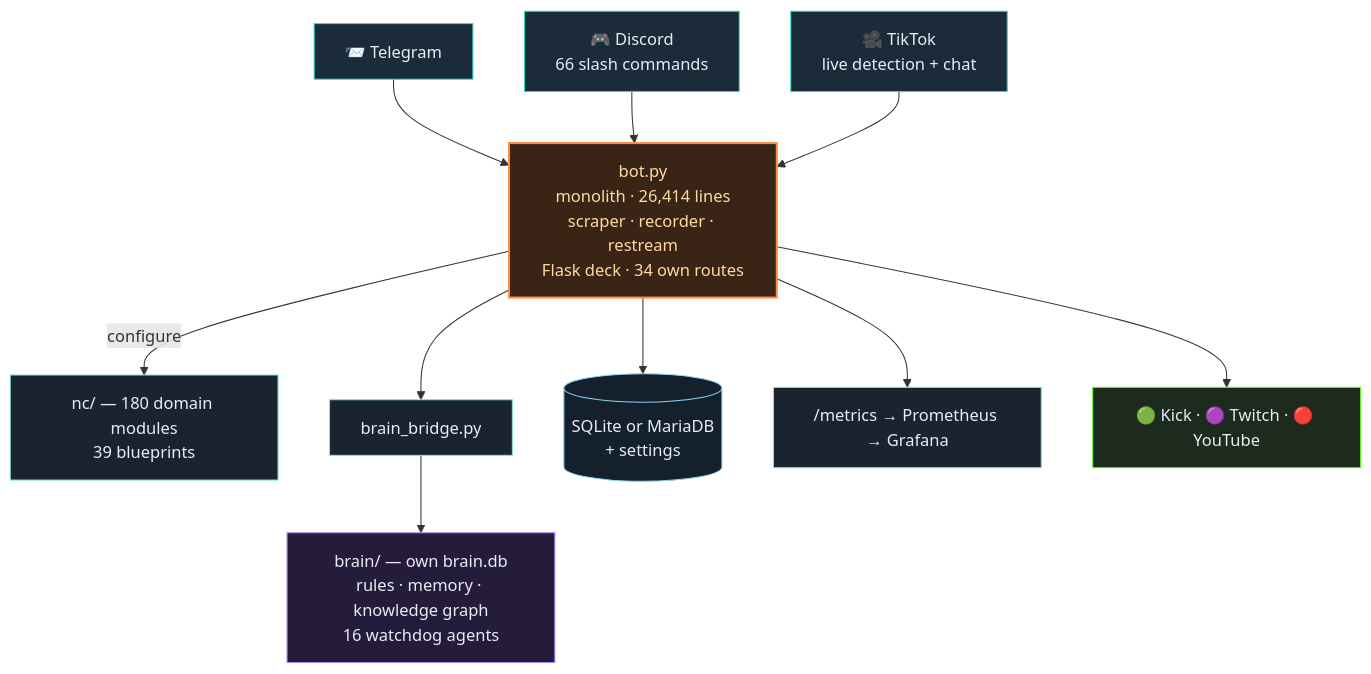
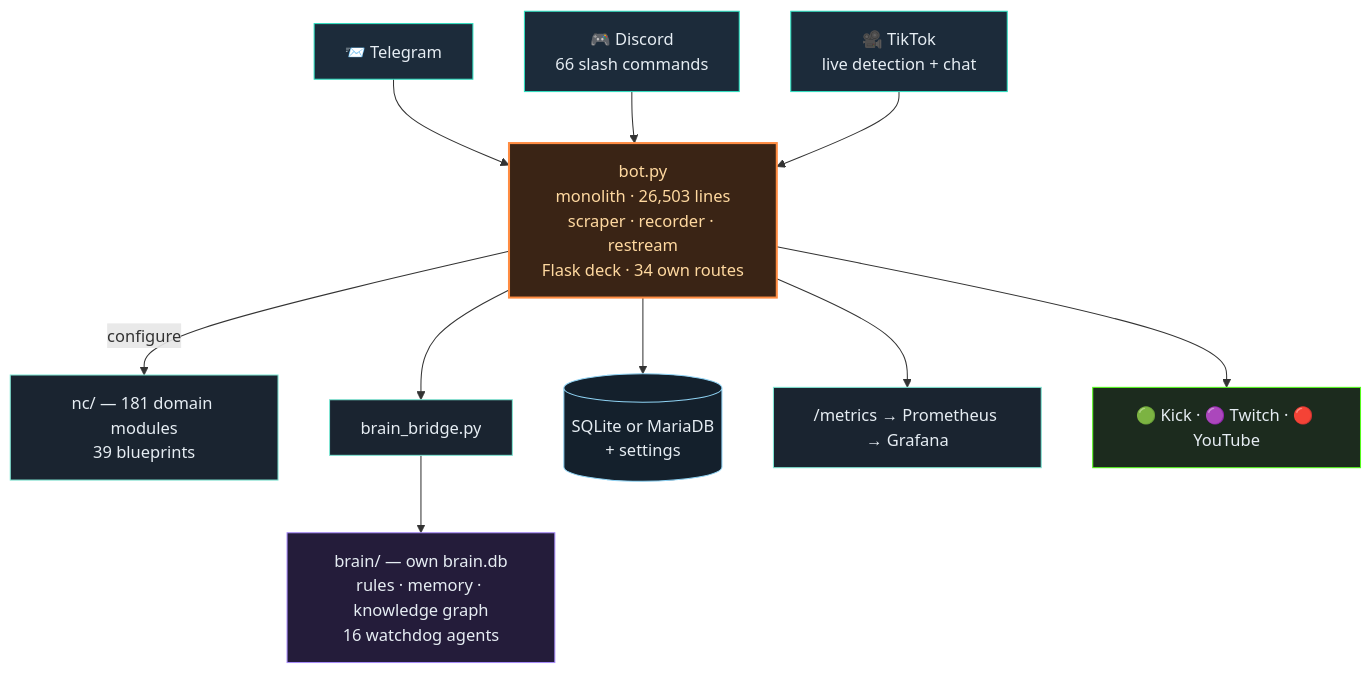
One commit to itsamemedev/Telegram-Stream-Info-Bot changed the second of 3 diagrams in README.en.md. Above: the diagram before and after it, drawn with Mermaid. The commit also changed other lines of this file and 16 other files, not shown here.

````diff
--- a/README.en.md
+++ b/README.en.md
@@ -119,19 +119,19 @@
 ```mermaid
 flowchart TB
     TG["📨 Telegram"]:::ein --> BOT
     DC["🎮 Discord<br/>66 slash commands"]:::ein --> BOT
     TT["🎥 TikTok<br/>live detection + chat"]:::ein --> BOT
-    BOT["bot.py<br/>monolith · 26,414 lines<br/>scraper · recorder · restream<br/>Flask deck · 34 own routes"]:::core
-    BOT -->|configure| NC["nc/ — 180 domain modules<br/>39 blueprints"]:::lib
+    BOT["bot.py<br/>monolith · 26,503 lines<br/>scraper · recorder · restream<br/>Flask deck · 34 own routes"]:::core
+    BOT -->|configure| NC["nc/ — 181 domain modules<br/>39 blueprints"]:::lib
     BOT --> BR["brain_bridge.py"]:::lib
     BR --> BRAIN["brain/ — own brain.db<br/>rules · memory · knowledge graph<br/>16 watchdog agents"]:::brain
     BOT --> DB[("SQLite or MariaDB<br/>+ settings")]:::db
     BOT --> PROM["/metrics → Prometheus → Grafana"]:::lib
     BOT --> OUT["🟢 Kick · 🟣 Twitch · 🔴 YouTube"]:::out
     classDef ein fill:#1c2b3a,stroke:#2de1c2,color:#e6edf3
     classDef core fill:#3a2415,stroke:#ff8c42,stroke-width:2px,color:#ffd9a0
     classDef lib fill:#1a2430,stroke:#7fe7d4,color:#e6edf3
     classDef brain fill:#241c3a,stroke:#a78bfa,color:#e6edf3
     classDef db fill:#14202c,stroke:#8fd3f4,color:#e6edf3
     classDef out fill:#1c2b1e,stroke:#53fc18,color:#e6edf3
 ```
````
